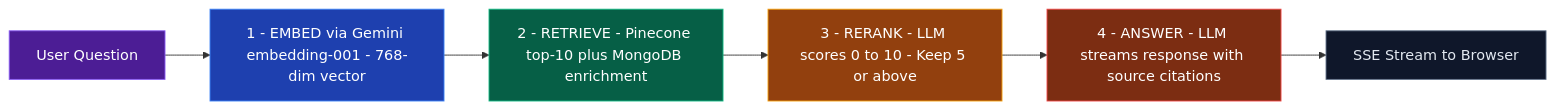
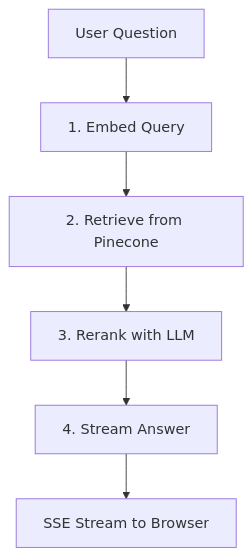
The sixth of 9 diagrams in README.md (AniketB26/What-I-Signed), drawn with Mermaid before and after one commit. The commit also changed other lines of this file, not shown here.

Commit message:
docs: rewrite all mermaid diagrams with GitHub-safe syntax

````diff
--- a/README.md
+++ b/README.md
@@ -469,16 +460,9 @@
 ```mermaid
-graph LR
+graph TD
     Q[User Question]
-    Q --> E[1 - EMBED via Gemini embedding-001 - 768-dim vector]
-    E --> R[2 - RETRIEVE - Pinecone top-10 plus MongoDB enrichment]
-    R --> RR[3 - RERANK - LLM scores 0 to 10 - Keep 5 or above]
-    RR --> A[4 - ANSWER - LLM streams response with source citations]
+    Q --> E[1. Embed Query]
+    E --> R[2. Retrieve from Pinecone]
+    R --> RR[3. Rerank with LLM]
+    RR --> A[4. Stream Answer]
     A --> U[SSE Stream to Browser]
-
-    style Q fill:#4c1d95,stroke:#8b5cf6,color:#fff
-    style E fill:#1e40af,stroke:#3b82f6,color:#fff
-    style R fill:#065f46,stroke:#10b981,color:#fff
-    style RR fill:#92400e,stroke:#f59e0b,color:#fff
-    style A fill:#7c2d12,stroke:#ef4444,color:#fff
-    style U fill:#0f172a,stroke:#64748b,color:#e2e8f0
 ```
````
